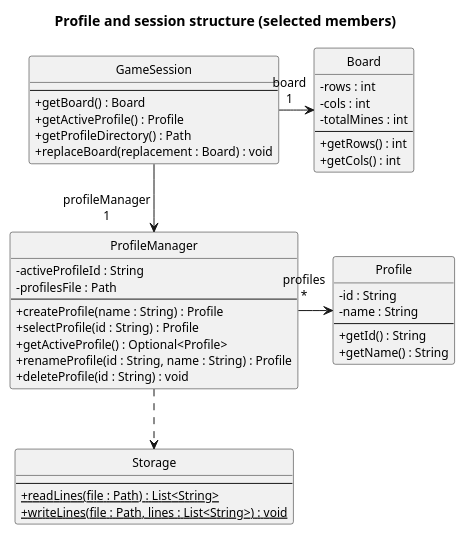
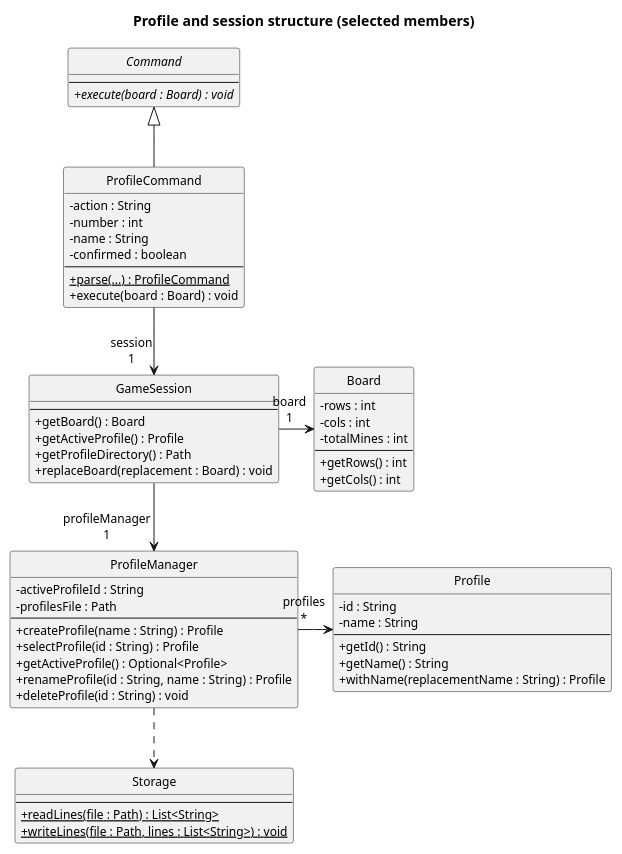
The diagram in docs/diagrams/zack-profile-classes.puml (AY2627S1-CS2113-W10-4/tp), drawn with PlantUML before and after one commit. The commit also changed 12 other files, not shown here.

First line of the commit message:
Complete in-game profile management

```diff
--- a/docs/diagrams/zack-profile-classes.puml
+++ b/docs/diagrams/zack-profile-classes.puml
@@ -1,52 +1,69 @@
 @startuml zack-profile-classes
 skinparam shadowing false
 skinparam classAttributeIconSize 0
 skinparam defaultFontName Arial
 skinparam defaultFontSize 12
 skinparam sequenceParticipant underline false
 hide circle
 title Profile and session structure (selected members)
+
+abstract class Command {
+    --
+    + {abstract} execute(board : Board) : void
+}
+class ProfileCommand {
+    - action : String
+    - number : int
+    - name : String
+    - confirmed : boolean
+    --
+    + {static} parse(...) : ProfileCommand
+    + execute(board : Board) : void
+}
 
 class GameSession {
     --
     + getBoard() : Board
     + getActiveProfile() : Profile
     + getProfileDirectory() : Path
     + replaceBoard(replacement : Board) : void
 }
 class Board {
     - rows : int
     - cols : int
     - totalMines : int
     --
     + getRows() : int
     + getCols() : int
 }
 class ProfileManager {
     - activeProfileId : String
     - profilesFile : Path
     --
     + createProfile(name : String) : Profile
     + selectProfile(id : String) : Profile
     + getActiveProfile() : Optional<Profile>
     + renameProfile(id : String, name : String) : Profile
     + deleteProfile(id : String) : void
 }
 class Profile {
     - id : String
     - name : String
     --
     + getId() : String
     + getName() : String
+    + withName(replacementName : String) : Profile
 }
 class Storage {
     --
     + {static} readLines(file : Path) : List<String>
     + {static} writeLines(file : Path, lines : List<String>) : void
 }
 
 GameSession -right-> "board\n1" Board
+ProfileCommand -up-|> Command
+ProfileCommand --> "session\n1" GameSession
 GameSession -down-> "profileManager\n1" ProfileManager
 ProfileManager -right-> "profiles\n*" Profile
 ProfileManager ..> Storage
 @enduml
```
